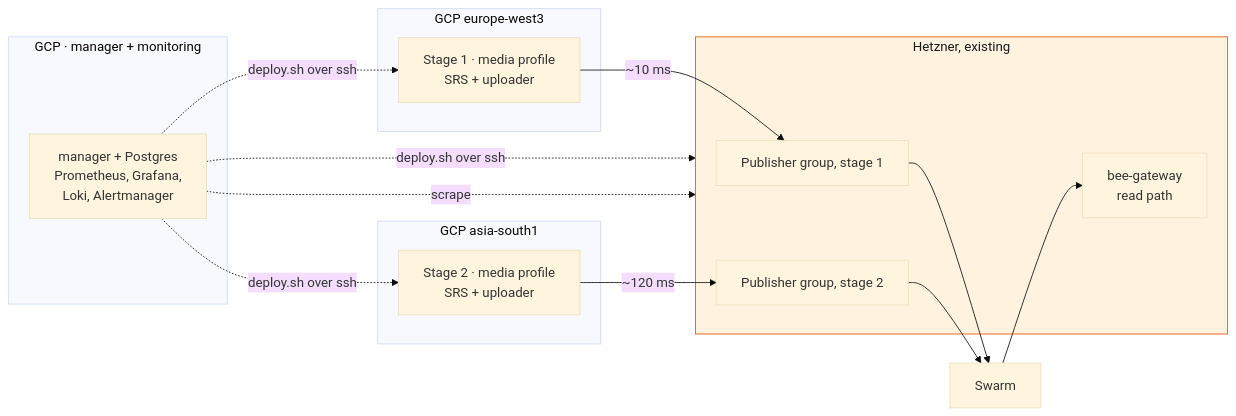
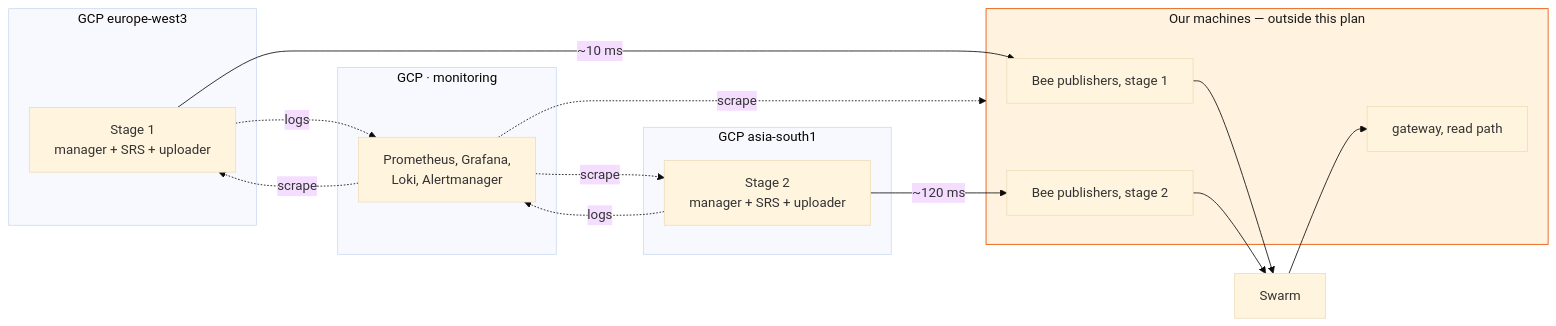
Before and after one commit to Solar-Punk-Ltd/streaming-monorepo: the diagram in two-stage-terraform.md, drawn with Mermaid (base theme). The commit also changed other lines of this file, not shown here.

First line of the commit message:
docs: cost the pilot and bring the rollout plan in line with the Terraform

````diff
--- a/two-stage-terraform.md
+++ b/two-stage-terraform.md
@@ -182,27 +113,28 @@
 ```mermaid
 flowchart LR
     subgraph FRA["GCP europe-west3"]
-        S1["Stage 1 · media profile<br/>SRS + uploader"]
+        S1["Stage 1<br/>manager + SRS + uploader"]
     end
     subgraph BOM["GCP asia-south1"]
-        S2["Stage 2 · media profile<br/>SRS + uploader"]
+        S2["Stage 2<br/>manager + SRS + uploader"]
     end
-    subgraph HET["Hetzner, existing"]
-        B1["Publisher group, stage 1"]
-        B2["Publisher group, stage 2"]
-        GW["bee-gateway<br/>read path"]
+    subgraph OWN["Our machines — outside this plan"]
+        B1["Bee publishers, stage 1"]
+        B2["Bee publishers, stage 2"]
+        GW["gateway, read path"]
     end
-    subgraph MON["GCP · manager + monitoring"]
-        M["manager + Postgres<br/>Prometheus, Grafana,<br/>Loki, Alertmanager"]
+    subgraph MON["GCP · monitoring"]
+        M["Prometheus, Grafana,<br/>Loki, Alertmanager"]
     end
     S1 -->|"~10 ms"| B1
     S2 -->|"~120 ms"| B2
     B1 --> SW["Swarm"]
     B2 --> SW
     SW --> GW
-    M -.->|"deploy.sh over ssh"| S1
-    M -.->|"deploy.sh over ssh"| S2
-    M -.->|"deploy.sh over ssh"| HET
-    M -.->|"scrape"| HET
-    style HET fill:#fff3e0,stroke:#e65100,color:#1a1a1a
+    M -.->|"scrape"| S1
+    M -.->|"scrape"| S2
+    M -.->|"scrape"| OWN
+    S1 -.->|"logs"| M
+    S2 -.->|"logs"| M
+    style OWN fill:#fff3e0,stroke:#e65100,color:#1a1a1a
 ```
````
